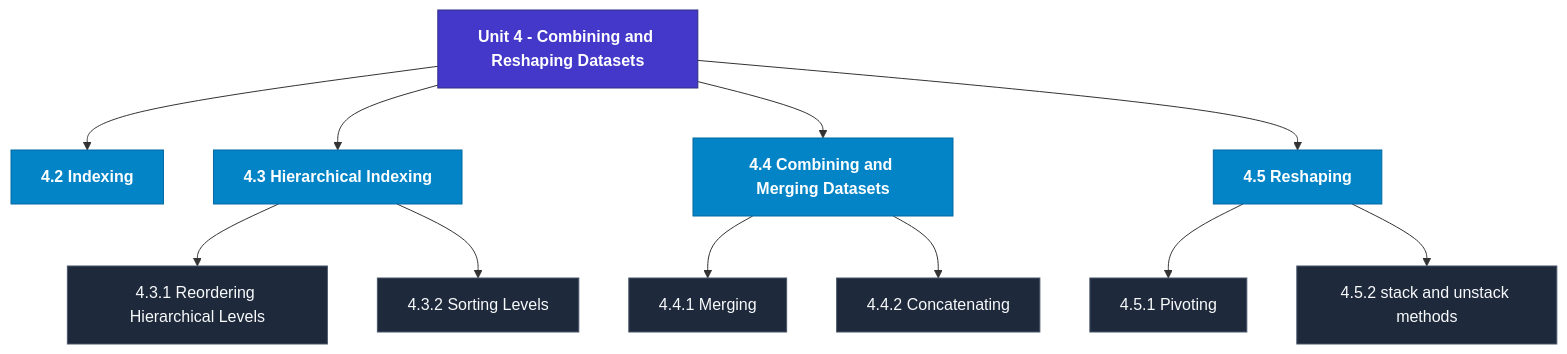
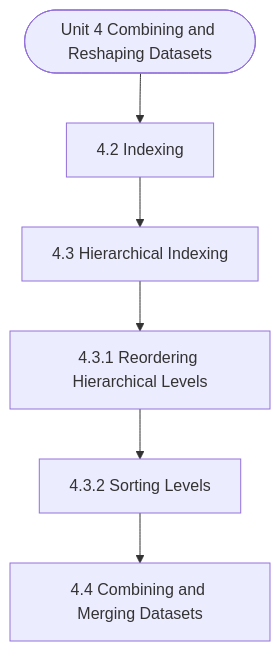
Before and after one commit to Asutosh-Coaching/mscdsa: the diagram in notes/Semester_2/MCS-067_Data_Wrangling_and_Visualization/unit_04_Combining_and_Reshaping_Datasets.md, drawn with Mermaid. The commit also changed other lines of this file and 115 other files, not shown here.

Commit message:
Fix Mermaid layout for mobile, isolate LaTeX delimiters, and add GitHub Pages reader

````diff
--- a/notes/Semester_2/MCS-067_Data_Wrangling_and_Visualization/unit_04_Combining_and_Reshaping_Datasets.md
+++ b/notes/Semester_2/MCS-067_Data_Wrangling_and_Visualization/unit_04_Combining_and_Reshaping_Datasets.md
@@ -19,29 +19,14 @@
 ```mermaid
 flowchart TD
-  %% Styling Definitions
-  classDef head fill:#4338ca,stroke:#312e81,color:#ffffff,font-weight:bold;
-  classDef topic fill:#0284c7,stroke:#0369a1,color:#ffffff,font-weight:600;
-  classDef sub fill:#1e293b,stroke:#475569,color:#f8fafc;
-
-  Root["Unit 4 - Combining and Reshaping Datasets"]:::head
-  M1["4.2 Indexing"]:::topic
-  Root --> M1
-  M2["4.3 Hierarchical Indexing"]:::topic
-  Root --> M2
-  M2_1["4.3.1 Reordering Hierarchical Levels"]:::sub
-  M2 --> M2_1
-  M2_2["4.3.2 Sorting Levels"]:::sub
-  M2 --> M2_2
-  M3["4.4 Combining and Merging Datasets"]:::topic
-  Root --> M3
-  M3_1["4.4.1 Merging"]:::sub
-  M3 --> M3_1
-  M3_2["4.4.2 Concatenating"]:::sub
-  M3 --> M3_2
-  M4["4.5 Reshaping"]:::topic
-  Root --> M4
-  M4_1["4.5.1 Pivoting"]:::sub
-  M4 --> M4_1
-  M4_2["4.5.2 stack and unstack methods"]:::sub
-  M4 --> M4_2
+  Start(["Unit 4 Combining and Reshaping Datasets"])
+  N1["4.2 Indexing"]
+  N2["4.3 Hierarchical Indexing"]
+  N3["4.3.1 Reordering Hierarchical Levels"]
+  N4["4.3.2 Sorting Levels"]
+  N5["4.4 Combining and Merging Datasets"]
+  Start --> N1
+  N1 --> N2
+  N2 --> N3
+  N3 --> N4
+  N4 --> N5
 ```
````
